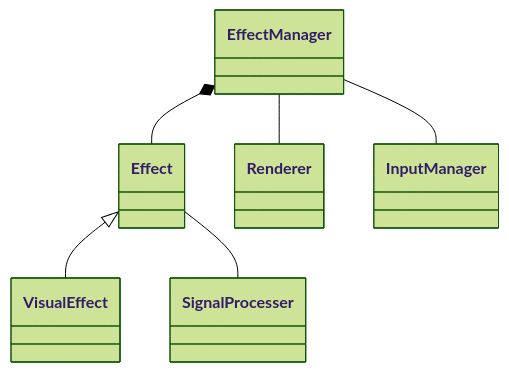
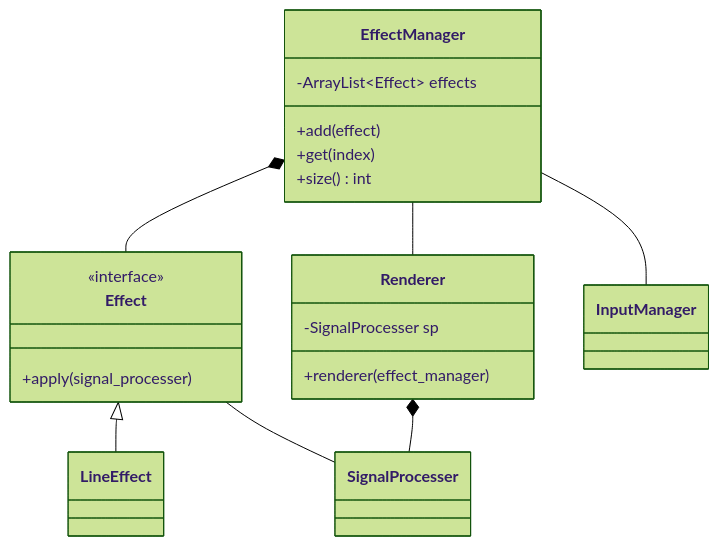
Before and after one commit to satoyuichi/GuitarVisualEffects: the diagram in diagram/class_diagram.md, drawn with Mermaid (forest theme).

````diff
--- a/diagram/class_diagram.md
+++ b/diagram/class_diagram.md
@@ -1,8 +1,29 @@
 ```mermaid
 classDiagram
-    Effect <|-- VisualEffect
+    class Effect {
+        <<interface>>
+        +apply(signal_processer)
+    }
+    
+    class Renderer {
+        -SignalProcesser sp
+        
+        +renderer(effect_manager)
+    }
+    
+    class EffectManager {
+        -ArrayList~Effect~ effects
+        
+        +add(effect)
+        +get(index)
+        +size() int
+    }
+    
+    Effect <|-- LineEffect
     Effect -- SignalProcesser
     EffectManager *-- Effect
     EffectManager -- Renderer
     EffectManager -- InputManager
+	
+	Renderer *-- SignalProcesser
 ```
````
